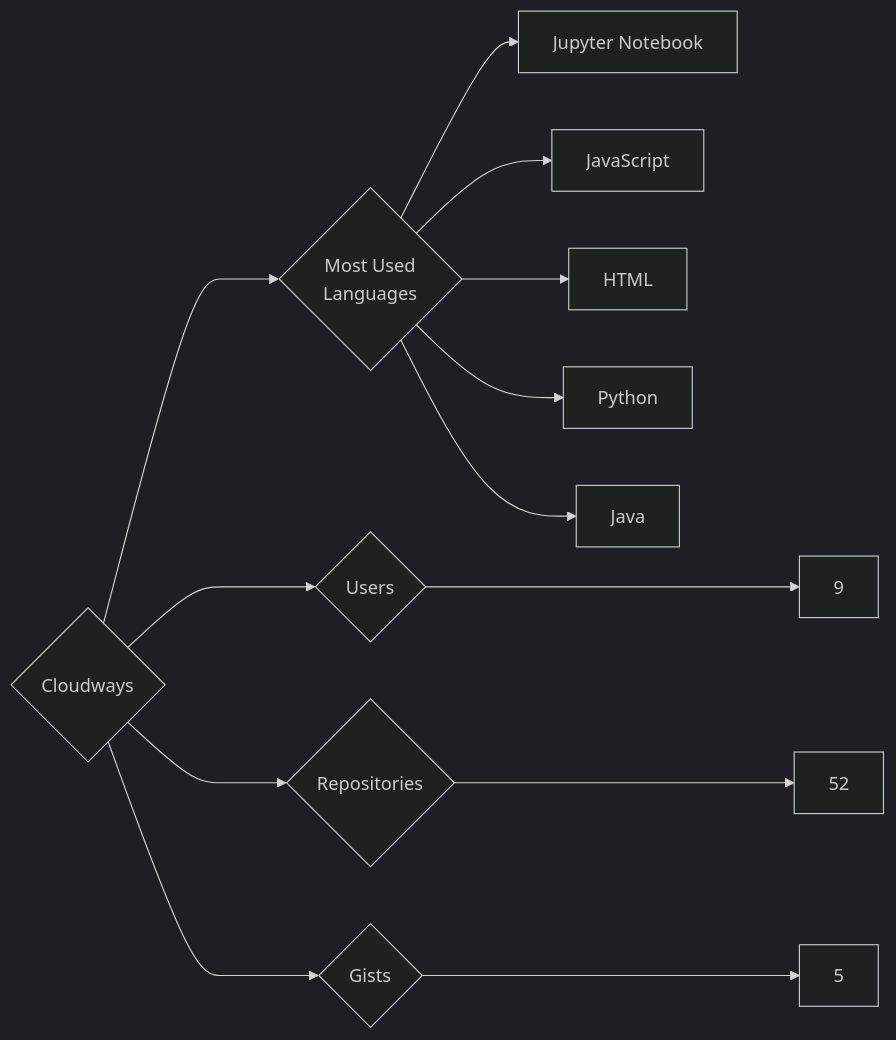
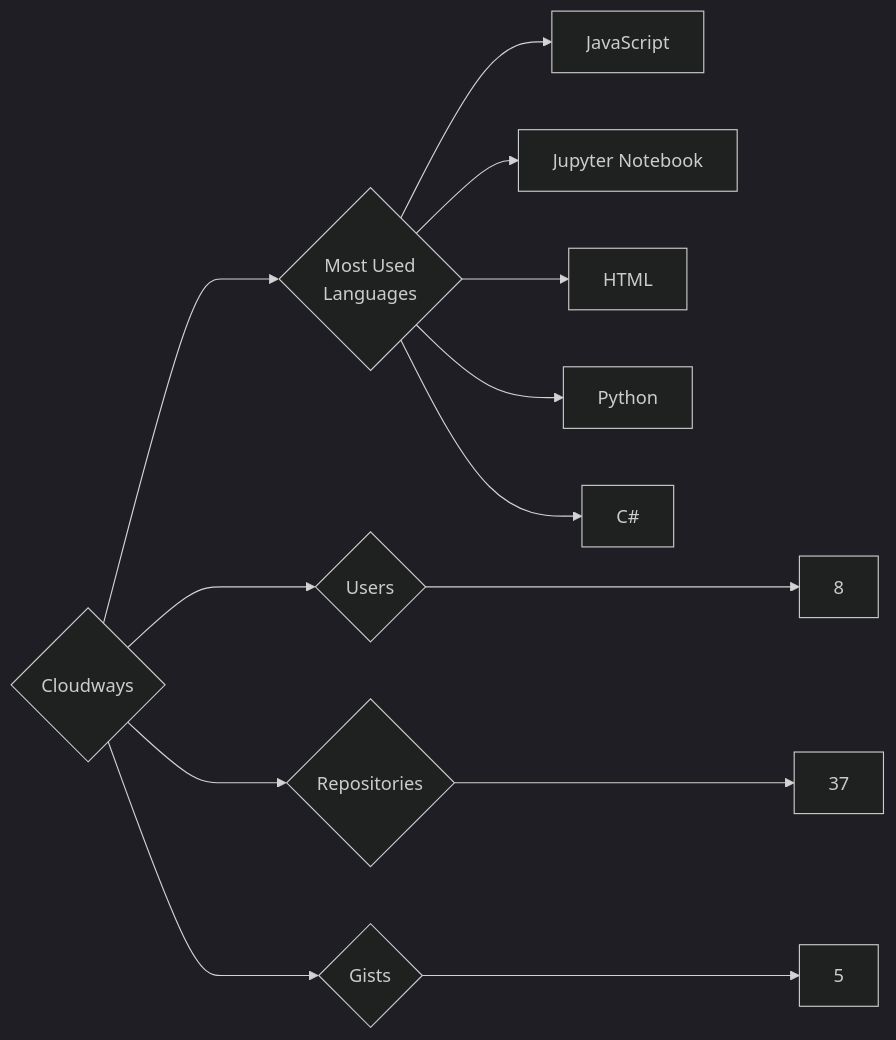
Before and after one commit to trickest/insiders: the diagram in targets/Cloudways/README.md, drawn with Mermaid (dark theme). The commit also changed 899 other files, not shown here.

````diff
--- a/targets/Cloudways/README.md
+++ b/targets/Cloudways/README.md
@@ -3,13 +3,13 @@
 ```mermaid
 graph LR
 COMPANY_NAME{Cloudways}
-COMPANY_NAME ---> U{Users} ---> UN[9]
-COMPANY_NAME ---> R{Repositories} ---> RN[52]
+COMPANY_NAME ---> U{Users} ---> UN[8]
+COMPANY_NAME ---> R{Repositories} ---> RN[37]
 COMPANY_NAME ---> G{Gists} ---> GN[5]
 COMPANY_NAME ---> ML{Most Used<br>Languages}
+ML --> JavaScript[JavaScript]
 ML --> Jupyter_Notebook[Jupyter Notebook]
-ML --> JavaScript[JavaScript]
 ML --> HTML[HTML]
 ML --> Python[Python]
-ML --> Java[Java]
+ML --> C#[C#]
 ```
````
